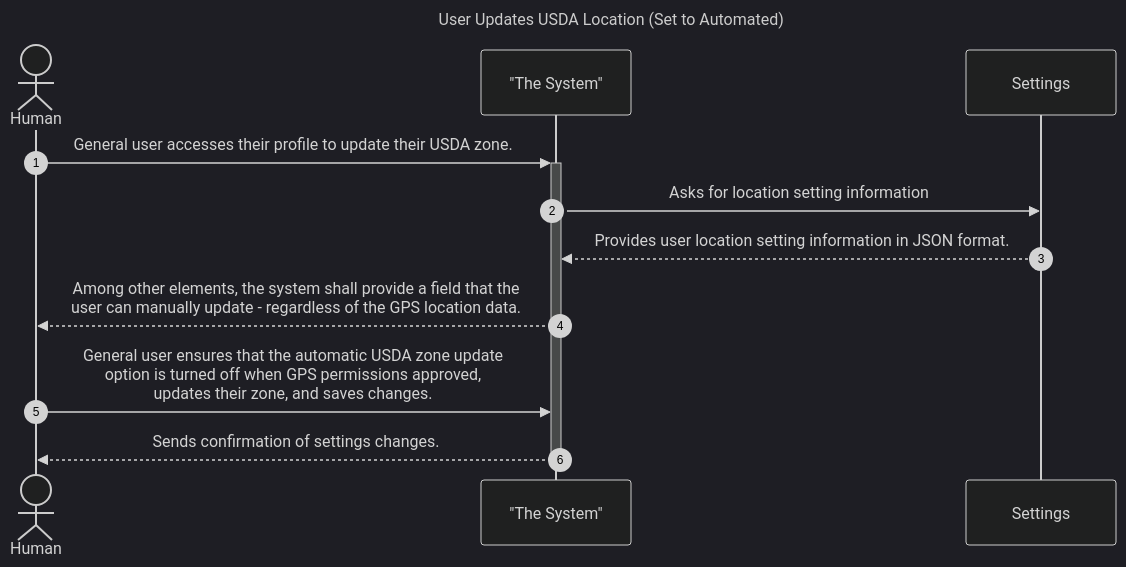
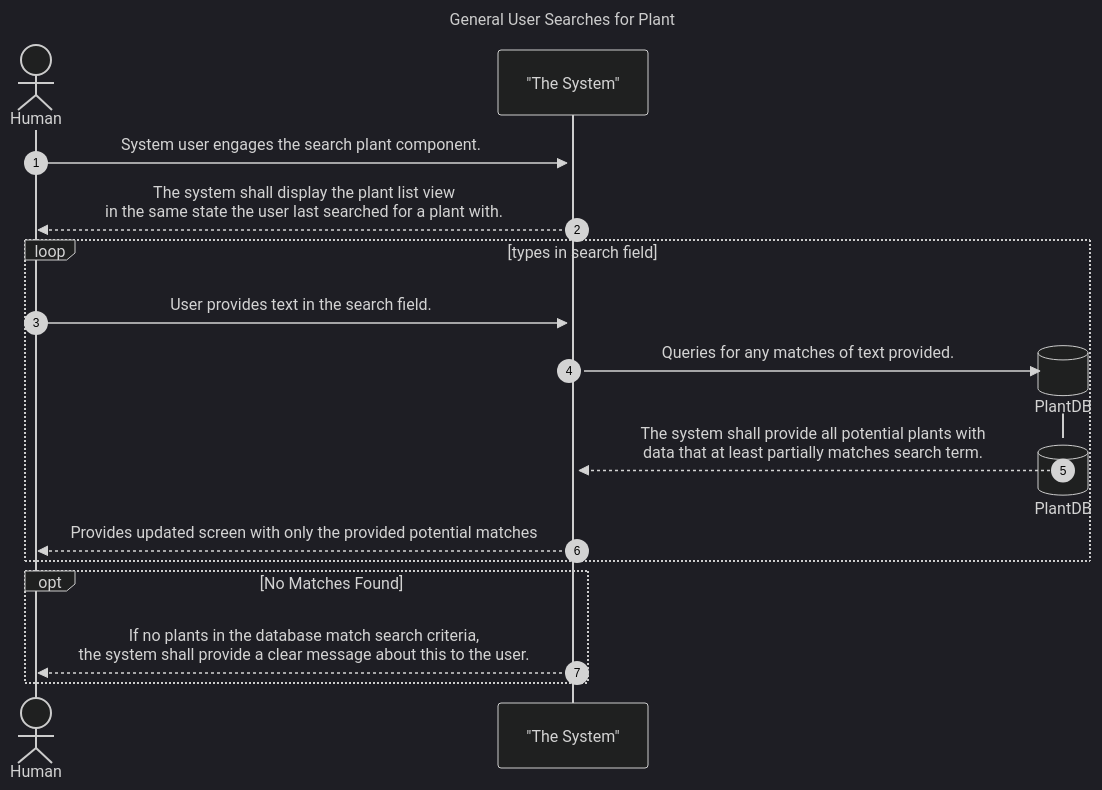
Before and after one commit to ProsperousHeart/gardening-app: the fourth of 15 diagrams in docs/requirements/REQ-000d_UCBDs.md, drawn with Mermaid. The commit also changed other lines of this file and 1 other file, not shown here.

Commit message:
add plant search to UCBDs

````diff
--- a/docs/requirements/REQ-000d_UCBDs.md
+++ b/docs/requirements/REQ-000d_UCBDs.md
@@ -271,18 +306,25 @@
 ```mermaid
 ---
-title: User Updates USDA Location (Set to Automated)
+title: General User Searches for Plant
 config:
     theme: dark
 ---
 sequenceDiagram
     autonumber
     actor User as Human
     participant System as "The System"
     %% links System: {"Requirements": ""}
-    User->>+System: General user accesses their profile to update their USDA zone.
-    System->>Settings: Asks for location setting information
-    Settings-->>System:  Provides user location setting information in JSON format.
-    System-->>User: Among other elements, the system shall provide a field that the<br>user can manually update - regardless of the GPS location data.
-    User->>System: General user ensures that the automatic USDA zone update<br>option is turned off when GPS permissions approved,<br>updates their zone, and saves changes.
-    System-->>-User: Sends confirmation of settings changes.
+    User->>+System: System user engages the search plant component.
+    System-->>User: The system shall display the plant list view<br>in the same state the user last searched for a plant with.
+    loop types in search field
+        User->>System: User provides text in the search field.
+        create participant PlantDB@{ "type" : "database" }
+        System->>PlantDB: Queries for any matches of text provided.
+        destroy PlantDB
+        PlantDB-->>System: The system shall provide all potential plants with<br>data that at least partially matches search term.
+        System-->>User: Provides updated screen with only the provided potential matches
+    end
+    opt No Matches Found 
+        System-->>User: If no plants in the database match search criteria,<br>the system shall provide a clear message about this to the user.
+    end
 ```
````
